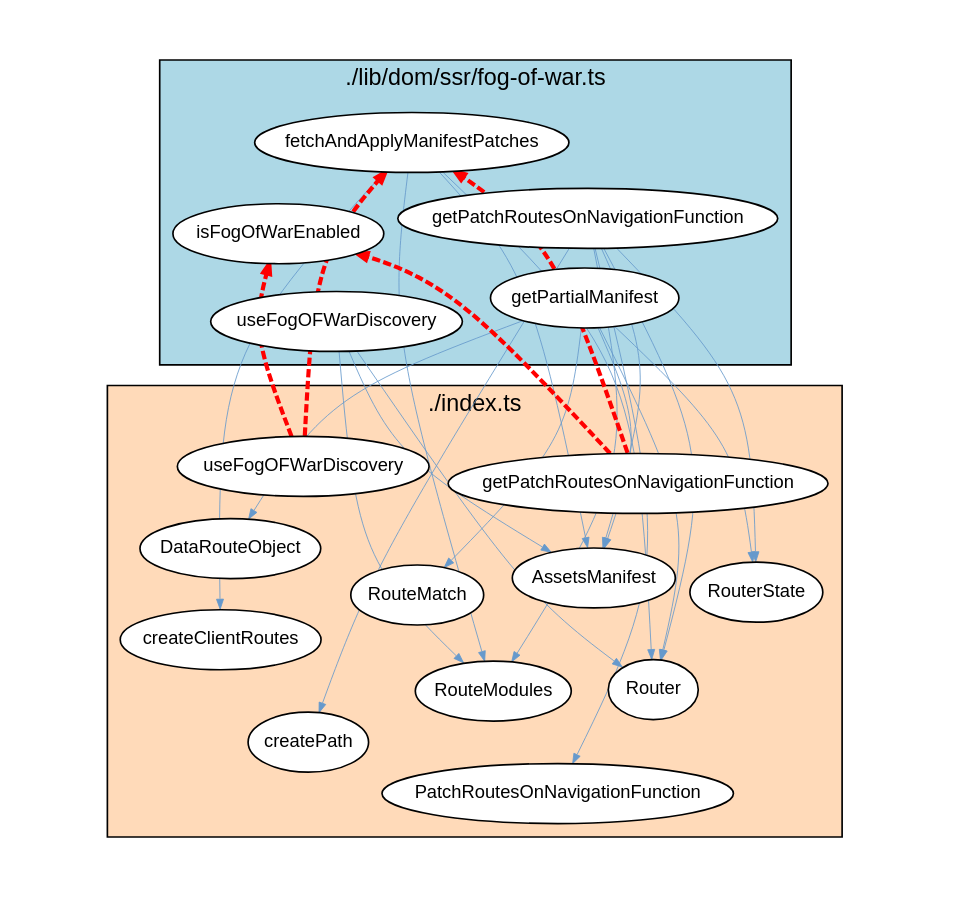
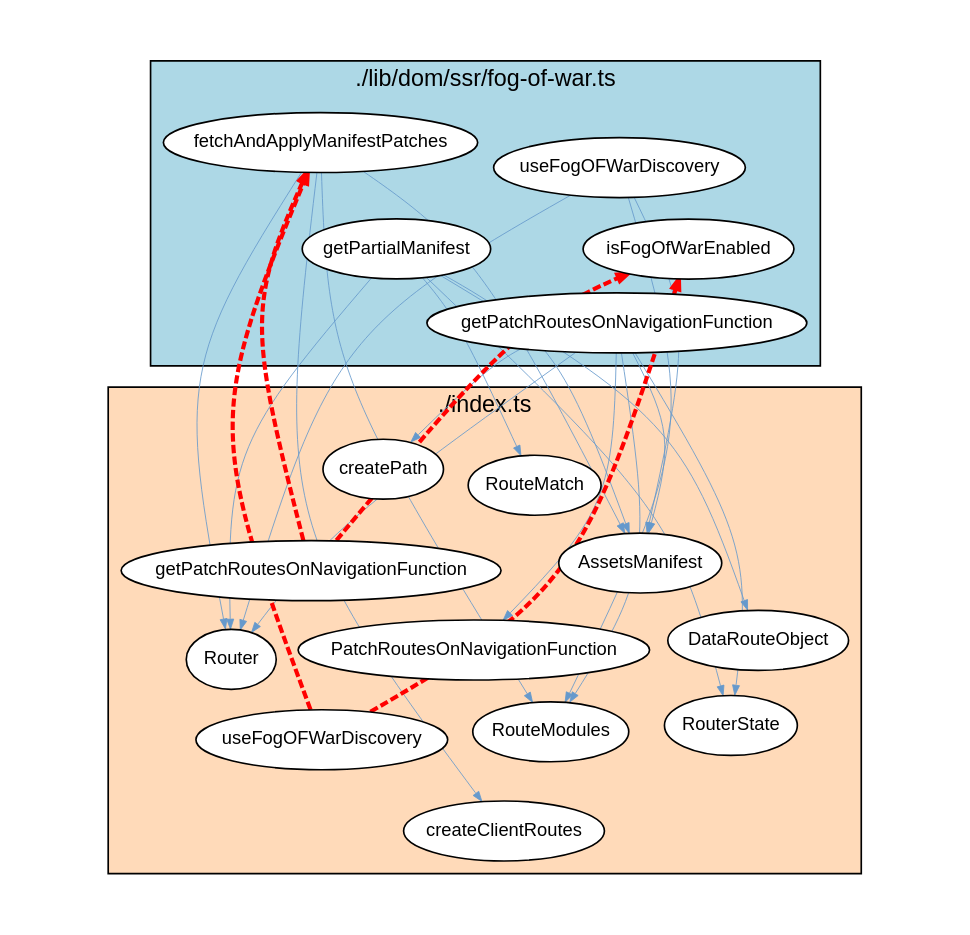
The diagram in analysis-results/react-router/react-router-7.18.1/cyclic-dependencies/Typescript_Module/Graph_Visualizations/graphviz/TypescriptModuleCyclicDependencies5.gv (JohT/code-graph-analysis-examples), drawn with Graphviz before and after one commit. The commit also changed other lines of this file and 347 other files, not shown here.

```diff
--- a/analysis-results/react-router/react-router-7.18.1/cyclic-dependencies/Typescript_Module/Graph_Visualizations/graphviz/TypescriptModuleCyclicDependencies5.gv
+++ b/analysis-results/react-router/react-router-7.18.1/cyclic-dependencies/Typescript_Module/Graph_Visualizations/graphviz/TypescriptModuleCyclicDependencies5.gv
@@ -1,58 +1,58 @@
 strict digraph cycle {
     graph [layout = "fdp"; start = "7"; splines = "curved"; pad = "0.8,0.4"; outputorder = "edgesfirst";];
     graph [fontname = "Helvetica,Arial,sans-serif"; labelloc = "t";];
     node [fontname = "Helvetica,Arial,sans-serif"; style = "filled"; fillcolor = "white";];
     node [fontsize = 11; margin = "0.05,0.05";];
     edge [fontsize = 9; arrowsize = "0.6";];
 
     subgraph cluster_package {
         label="./lib/dom/ssr/fog-of-war.ts";
         style="filled";
         fillcolor="lightblue";
         "fetchAndApplyManifestPatches";
         "getPartialManifest";
+        "getPatchRoutesOnNavigationFunction_pkg" [label="getPatchRoutesOnNavigationFunction"];
         "useFogOFWarDiscovery_pkg" [label="useFogOFWarDiscovery"];
-        "getPatchRoutesOnNavigationFunction_pkg" [label="getPatchRoutesOnNavigationFunction"];
         "isFogOfWarEnabled";
     }
 
     subgraph cluster_dependent {
         label="./index.ts";
         style="filled";
         fillcolor="peachpuff";
+        "RouterState";
         "AssetsManifest";
-        "RouterState";
         "PatchRoutesOnNavigationFunction";
         "DataRouteObject";
         "useFogOFWarDiscovery_dep" [label="useFogOFWarDiscovery"];
         "getPatchRoutesOnNavigationFunction_dep" [label="getPatchRoutesOnNavigationFunction"];
         "RouteModules";
         "Router";
         "RouteMatch";
+        "createClientRoutes";
         "createPath";
-        "createClientRoutes";
     }
 
     "getPatchRoutesOnNavigationFunction_pkg" -> "Router" [color="#6699CC"; penwidth="0.5"];
     "fetchAndApplyManifestPatches" -> "Router" [color="#6699CC"; penwidth="0.5"];
     "fetchAndApplyManifestPatches" -> "AssetsManifest" [color="#6699CC"; penwidth="0.5"];
     "getPatchRoutesOnNavigationFunction_pkg" -> "AssetsManifest" [color="#6699CC"; penwidth="0.5"];
     "getPatchRoutesOnNavigationFunction_pkg" -> "RouteModules" [color="#6699CC"; penwidth="0.5"];
+    "fetchAndApplyManifestPatches" -> "createClientRoutes" [color="#6699CC"; penwidth="0.5"];
     "fetchAndApplyManifestPatches" -> "RouteModules" [color="#6699CC"; penwidth="0.5"];
-    "fetchAndApplyManifestPatches" -> "createClientRoutes" [color="#6699CC"; penwidth="0.5"];
     "getPartialManifest" -> "Router" [color="#6699CC"; penwidth="0.5"];
-    "useFogOFWarDiscovery_pkg" -> "RouteModules" [color="#6699CC"; penwidth="0.5"];
+    "getPatchRoutesOnNavigationFunction_pkg" -> "RouterState" [color="#6699CC"; penwidth="0.5"];
+    "getPartialManifest" -> "RouterState" [color="#6699CC"; penwidth="0.5"];
     "getPartialManifest" -> "AssetsManifest" [color="#6699CC"; penwidth="0.5"];
     "getPatchRoutesOnNavigationFunction_pkg" -> "createPath" [color="#6699CC"; penwidth="0.5"];
-    "getPatchRoutesOnNavigationFunction_pkg" -> "RouterState" [color="#6699CC"; penwidth="0.5"];
-    "getPartialManifest" -> "RouterState" [color="#6699CC"; penwidth="0.5"];
+    "useFogOFWarDiscovery_pkg" -> "RouteModules" [color="#6699CC"; penwidth="0.5"];
     "getPatchRoutesOnNavigationFunction_pkg" -> "PatchRoutesOnNavigationFunction" [color="#6699CC"; penwidth="0.5"];
     "useFogOFWarDiscovery_pkg" -> "AssetsManifest" [color="#6699CC"; penwidth="0.5"];
     "getPartialManifest" -> "RouteMatch" [color="#6699CC"; penwidth="0.5"];
+    "useFogOFWarDiscovery_pkg" -> "Router" [color="#6699CC"; penwidth="0.5"];
     "getPartialManifest" -> "DataRouteObject" [color="#6699CC"; penwidth="0.5"];
-    "useFogOFWarDiscovery_pkg" -> "Router" [color="#6699CC"; penwidth="0.5"];
     "getPatchRoutesOnNavigationFunction_dep" -> "isFogOfWarEnabled" [color="red"; penwidth="2.5"; style="dashed";];
     "useFogOFWarDiscovery_dep" -> "fetchAndApplyManifestPatches" [color="red"; penwidth="2.5"; style="dashed";];
     "useFogOFWarDiscovery_dep" -> "isFogOfWarEnabled" [color="red"; penwidth="2.5"; style="dashed";];
     "getPatchRoutesOnNavigationFunction_dep" -> "fetchAndApplyManifestPatches" [color="red"; penwidth="2.5"; style="dashed";];
 }
```
